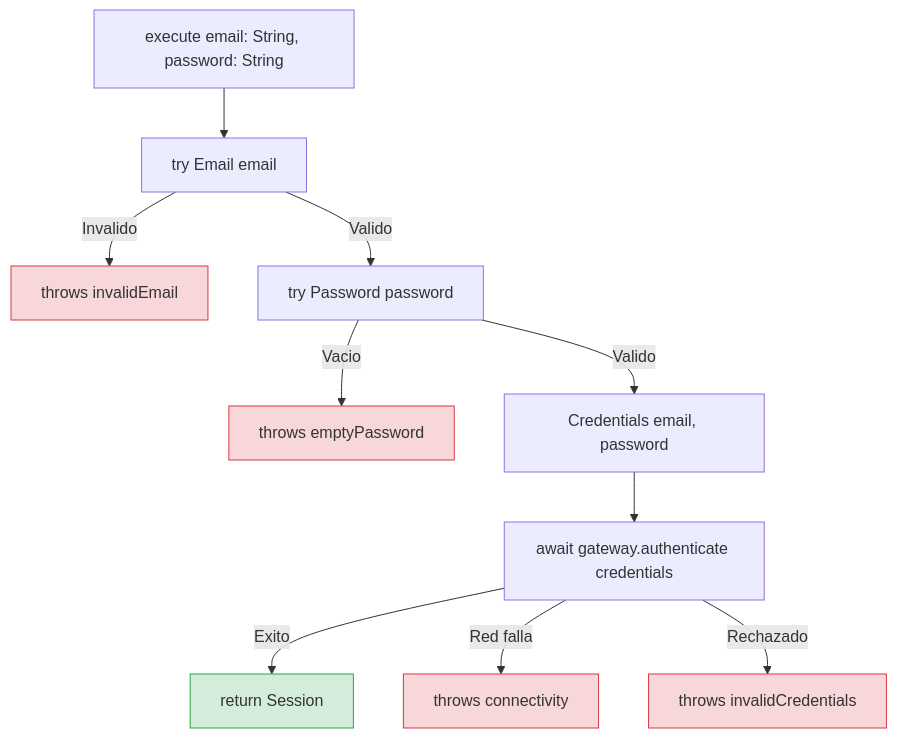
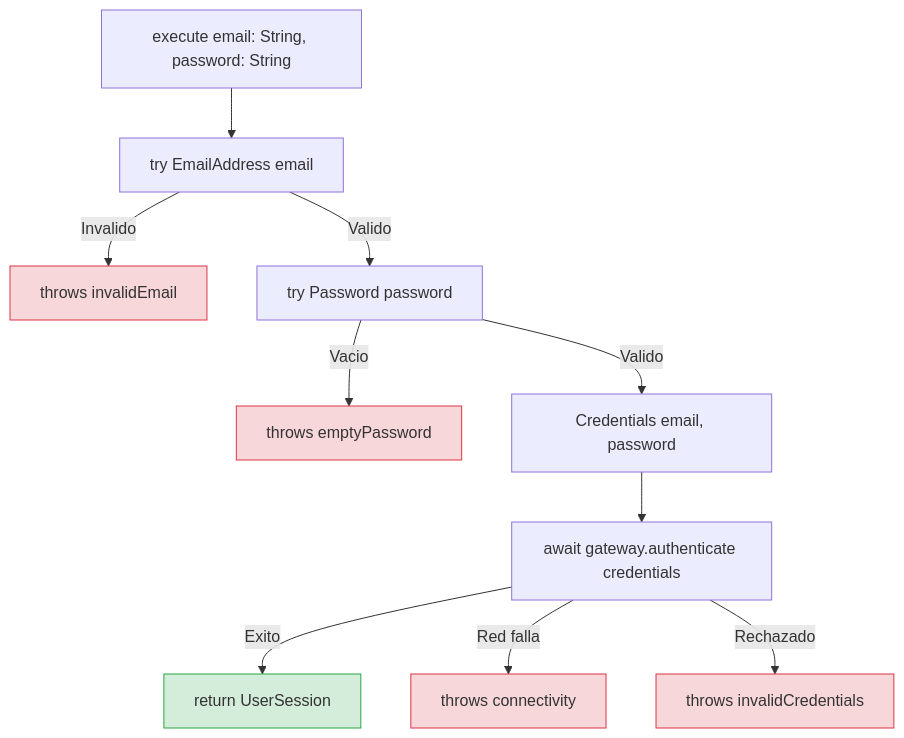
Before and after one commit to SwiftEnProfundidad/stack-my-architecture-ios: the fourth of 4 diagrams in 01-fundamentos/05-feature-login/02-application.md, drawn with Mermaid. The commit also changed other lines of this file and 50 other files, not shown here.

````diff
--- a/01-fundamentos/05-feature-login/02-application.md
+++ b/01-fundamentos/05-feature-login/02-application.md
@@ -287,18 +287,18 @@
 ```mermaid
 flowchart TD
-    INPUT["execute email: String, password: String"] --> V1["try Email email"]
+    INPUT["execute email: String, password: String"] --> V1["try EmailAddress email"]
     V1 -->|"Invalido"| ERR1["throws invalidEmail"]
     V1 -->|"Valido"| V2["try Password password"]
     V2 -->|"Vacio"| ERR2["throws emptyPassword"]
     V2 -->|"Valido"| CRED["Credentials email, password"]
     CRED --> GW["await gateway.authenticate credentials"]
-    GW -->|"Exito"| OK["return Session"]
+    GW -->|"Exito"| OK["return UserSession"]
     GW -->|"Red falla"| ERR3["throws connectivity"]
     GW -->|"Rechazado"| ERR4["throws invalidCredentials"]
 
     style OK fill:#d4edda,stroke:#28a745
     style ERR1 fill:#f8d7da,stroke:#dc3545
     style ERR2 fill:#f8d7da,stroke:#dc3545
     style ERR3 fill:#f8d7da,stroke:#dc3545
     style ERR4 fill:#f8d7da,stroke:#dc3545
 ```
````
